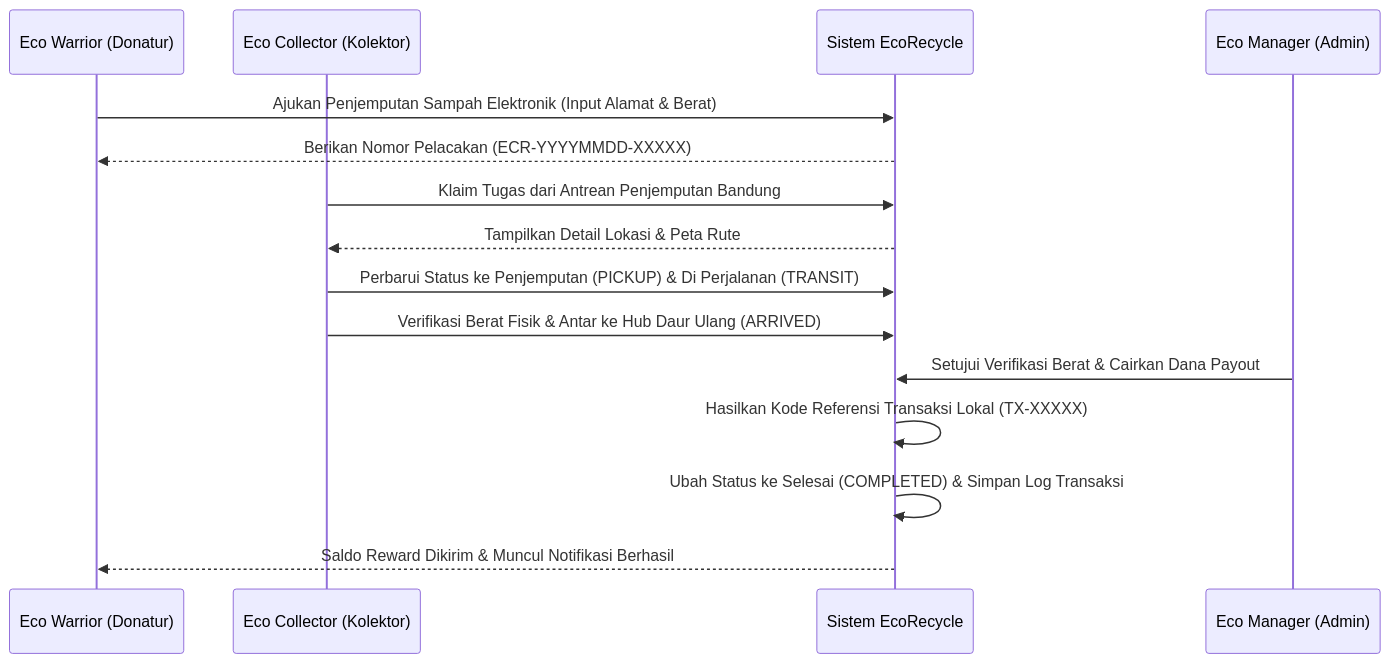
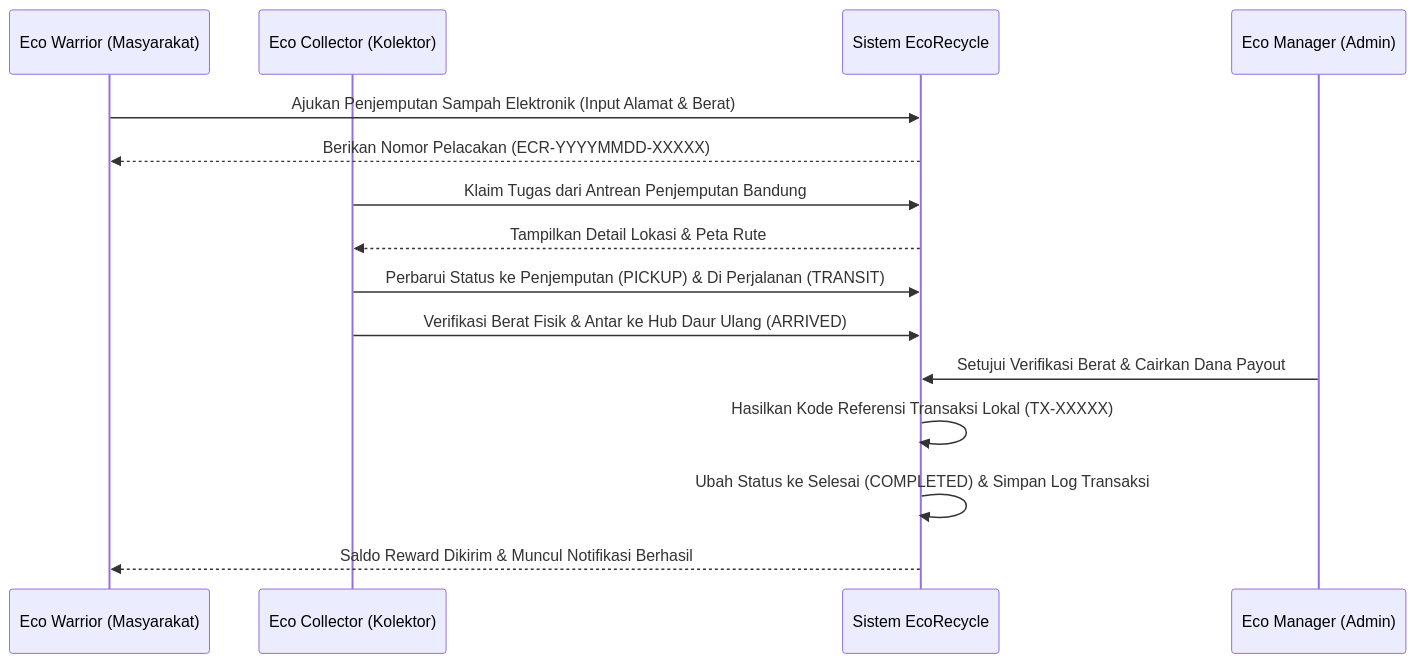
The diagram in README.md (azitriyadi/tubes), drawn with Mermaid before and after one commit. The commit also changed 12 other files, not shown here.

````diff
--- a/README.md
+++ b/README.md
@@ -147,18 +147,18 @@
 ```mermaid
 sequenceDiagram
-    participant User as Eco Warrior (Donatur)
+    participant User as Eco Warrior (Masyarakat)
     participant Coll as Eco Collector (Kolektor)
     participant Sys as Sistem EcoRecycle
     participant Admin as Eco Manager (Admin)
 
     User->>Sys: Ajukan Penjemputan Sampah Elektronik (Input Alamat & Berat)
     Sys-->>User: Berikan Nomor Pelacakan (ECR-YYYYMMDD-XXXXX)
     Coll->>Sys: Klaim Tugas dari Antrean Penjemputan Bandung
     Sys-->>Coll: Tampilkan Detail Lokasi & Peta Rute
     Coll->>Sys: Perbarui Status ke Penjemputan (PICKUP) & Di Perjalanan (TRANSIT)
     Coll->>Sys: Verifikasi Berat Fisik & Antar ke Hub Daur Ulang (ARRIVED)
     Admin->>Sys: Setujui Verifikasi Berat & Cairkan Dana Payout
     Sys->>Sys: Hasilkan Kode Referensi Transaksi Lokal (TX-XXXXX)
     Sys->>Sys: Ubah Status ke Selesai (COMPLETED) & Simpan Log Transaksi
     Sys-->>User: Saldo Reward Dikirim & Muncul Notifikasi Berhasil
 ```
````
